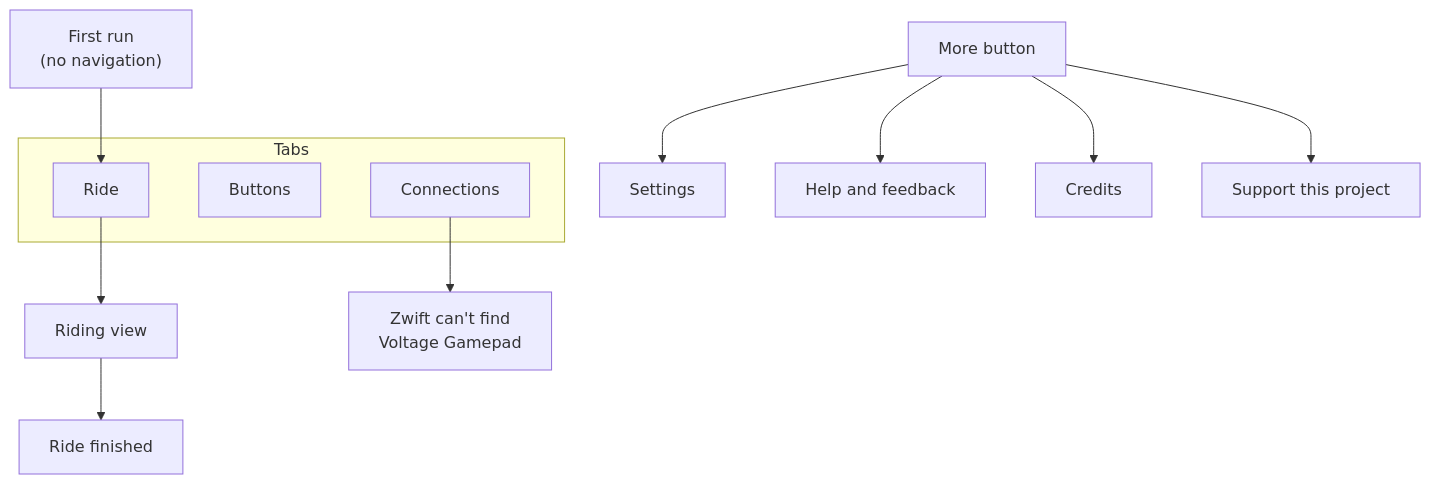
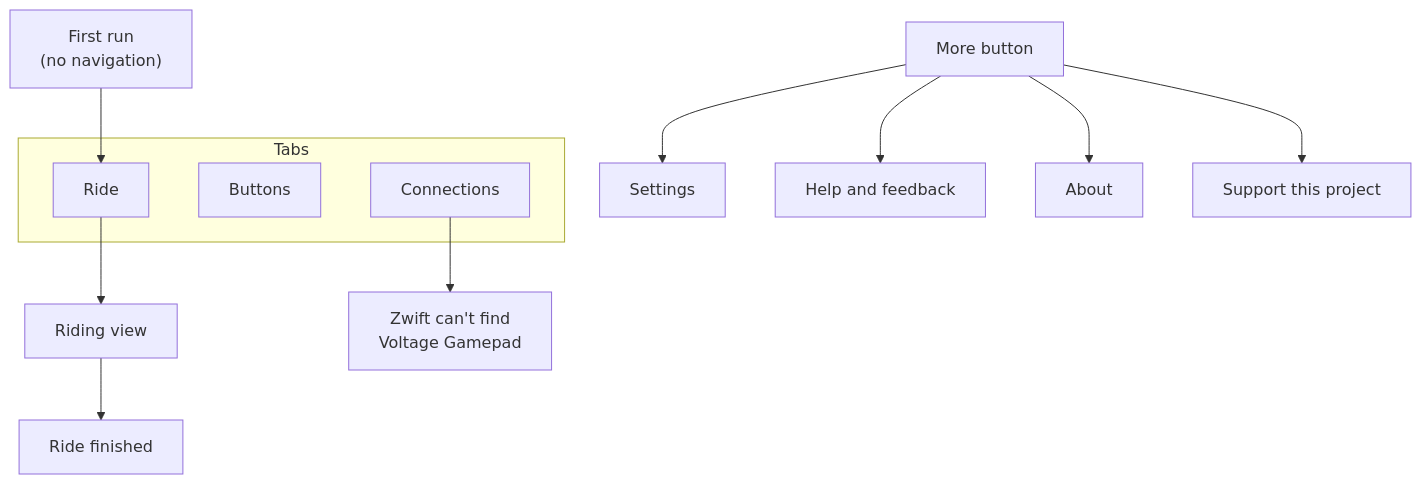
The diagram in docs/spec/ux/navigation.md (VoltageSolutions/GameControllerForZwift), drawn with Mermaid before and after one commit. The commit also changed other lines of this file and 23 other files, not shown here.

````diff
--- a/docs/spec/ux/navigation.md
+++ b/docs/spec/ux/navigation.md
@@ -16,16 +16,16 @@
 ```mermaid
 flowchart TD
     FR["First run<br/>(no navigation)"] --> RIDE
     subgraph Tabs
         RIDE["Ride"]
         BTN["Buttons"]
         CONN["Connections"]
     end
     MORE["More button"] --> SET["Settings"]
     MORE --> HELP["Help and feedback"]
-    MORE --> CRED["Credits"]
+    MORE --> CRED["About"]
     MORE --> SUP["Support this project"]
     RIDE --> RV["Riding view"]
     RV --> FIN["Ride finished"]
     CONN --> CANT["Zwift can't find<br/>Voltage Gamepad"]
 ```
````
